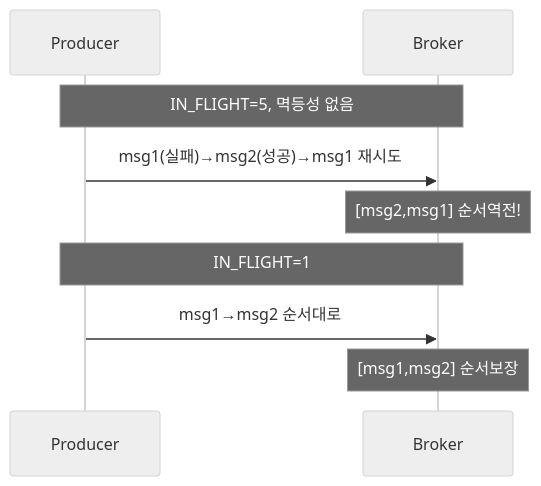
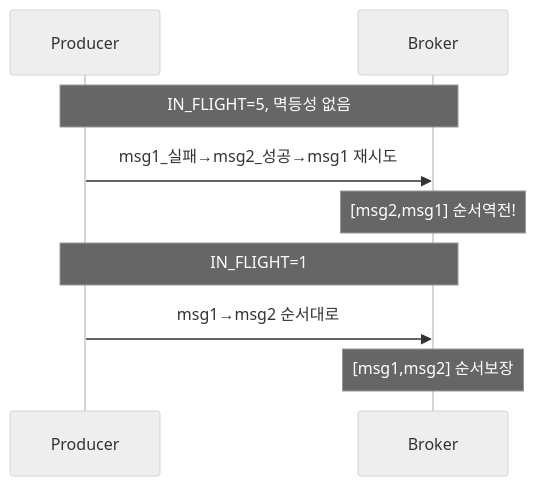
One commit to yjkim2015/yjkim2015.github.io changed diagram 21 of 21 in _posts/kafka/2026-05-01-kafka-extreme-scenarios.md. Above: the diagram before and after it, drawn with Mermaid (neutral theme). The commit also changed other lines of this file and 85 other files, not shown here.

First line of the commit message:
sequenceDiagram 문법 에러 2차 수정 169개 (86파일)

````diff
--- a/_posts/kafka/2026-05-01-kafka-extreme-scenarios.md
+++ b/_posts/kafka/2026-05-01-kafka-extreme-scenarios.md
@@ -605,11 +605,11 @@
 ```mermaid
 sequenceDiagram
     participant P as Producer
     participant B as Broker
     Note over P,B: IN_FLIGHT=5, 멱등성 없음
-    P->>B: msg1(실패)→msg2(성공)→msg1 재시도
+    P->>B: msg1_실패→msg2_성공→msg1 재시도
     Note over B: [msg2,msg1] 순서역전!
     Note over P,B: IN_FLIGHT=1
     P->>B: msg1→msg2 순서대로
     Note over B: [msg1,msg2] 순서보장
 ```
````
